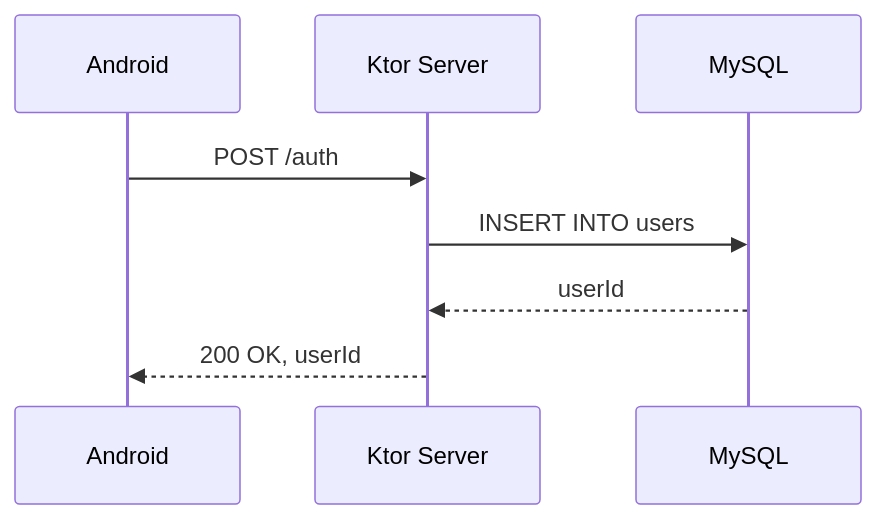
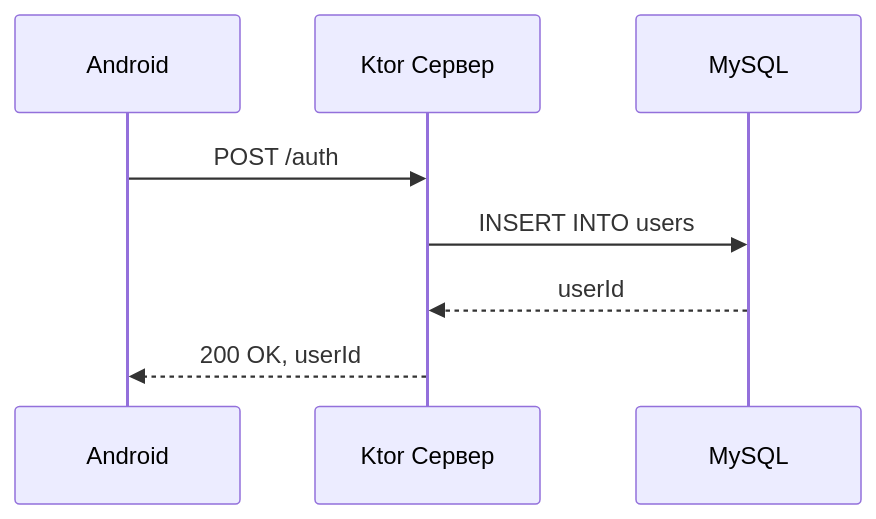
Diagram 17 of 34 in ALL_DIAGRAMS.md (Angel-Energy/diplom-), drawn with Mermaid before and after one commit. The commit also changed other lines of this file and 7 other files, not shown here.

Commit message:
feat(diagrams): Fix diagram styles and update statistics

````diff
--- a/ALL_DIAGRAMS.md
+++ b/ALL_DIAGRAMS.md
@@ -539,10 +539,10 @@
 ```mermaid
 sequenceDiagram
     participant A as Android
-    participant S as Ktor Server
+    participant S as Ktor Сервер
     participant D as MySQL
     A->>S: POST /auth
     S->>D: INSERT INTO users
     D-->>S: userId
     S-->>A: 200 OK, userId
 ```
````
